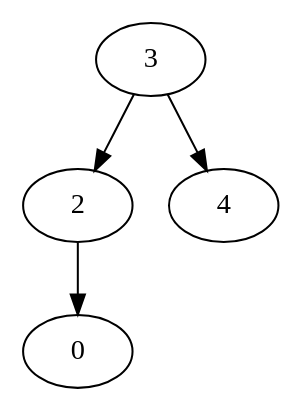
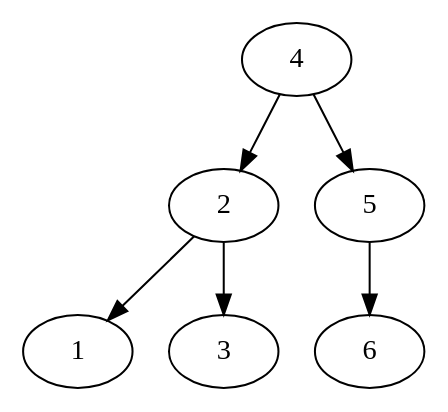
One commit to Juande10/Proyecto1s22015_201314412 changed the diagram in web/CodigoChoferes.dot. Above: the diagram before and after it, drawn with Graphviz. The commit also changed 112 other files, not shown here.

```diff
--- a/web/CodigoChoferes.dot
+++ b/web/CodigoChoferes.dot
@@ -1,10 +1,14 @@
 digraph G {
-node0[label=0];
+node1[label=1];
+node3[label=3];
 node2[label=2];
-node2->node0;
+node2->node1;
+node2->node3;
+node6[label=6];
+node5[label=5];
+node5->node6;
 node4[label=4];
-node3[label=3];
-node3->node2;
-node3->node4;
+node4->node2;
+node4->node5;
 
 }
```
